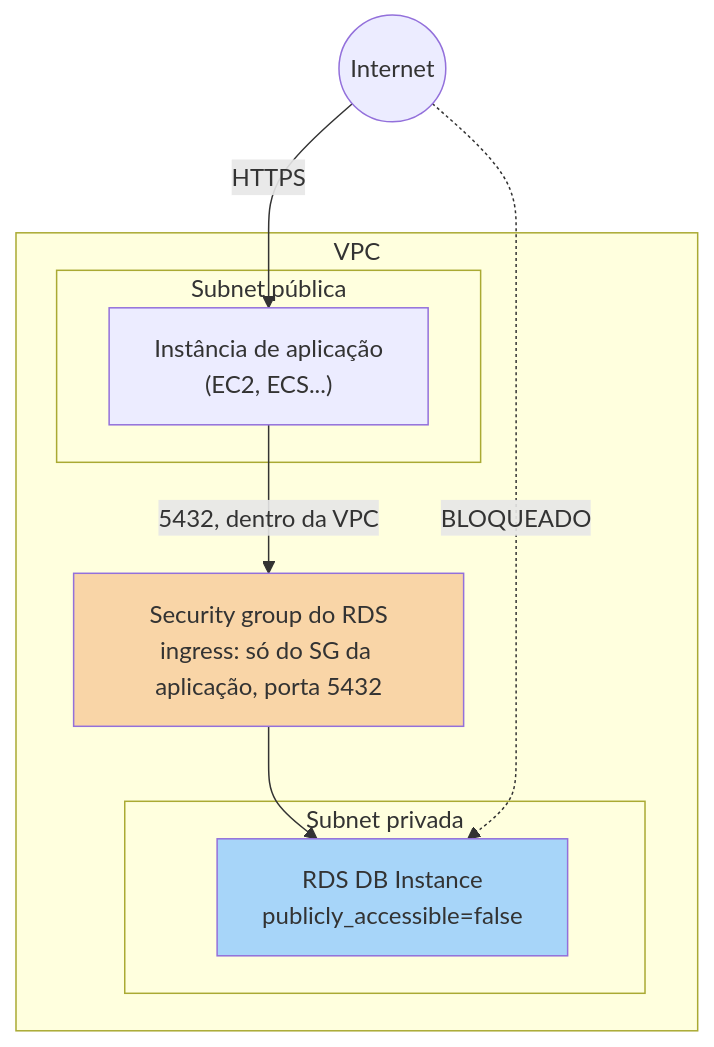
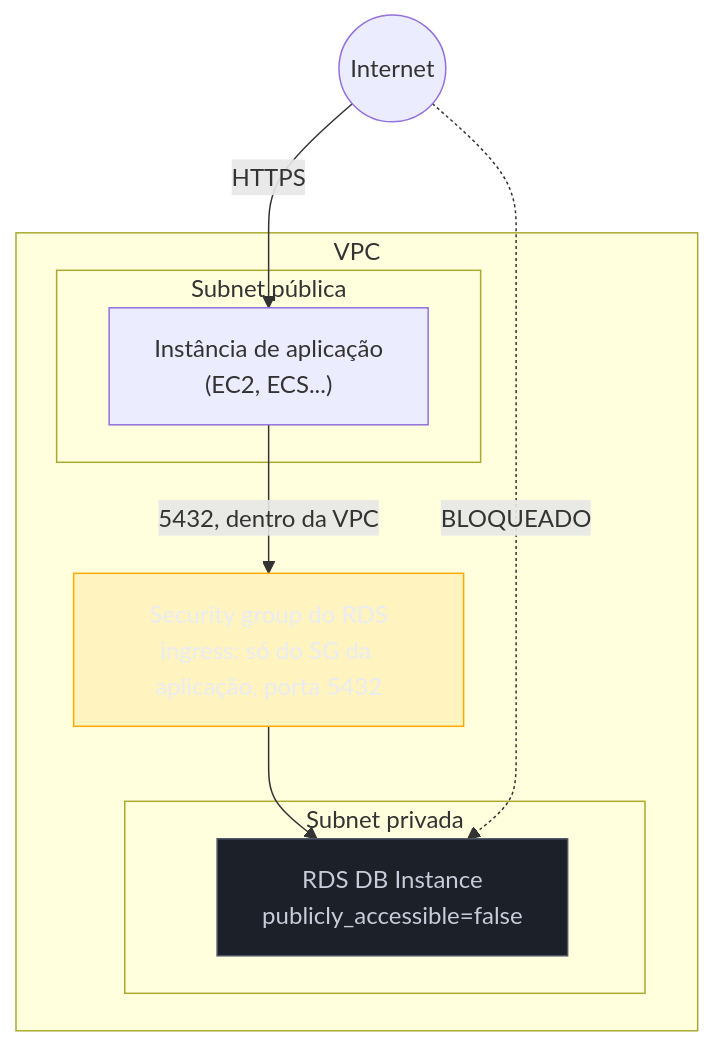
Before and after one commit to josenaldo/codex-technomanticus: the third of 3 diagrams in 03-Dominios/Tecnologia/Cloud/09 - Bancos gerenciados/02 - RDS e Managed Databases a fundo.md, drawn with Mermaid. The commit also changed other lines of this file and 1181 other files, not shown here.

First line of the commit message:
fix(diagramas): paleta do sistema no lugar de cor cravada no markdown

````diff
--- a/03-Dominios/Tecnologia/Cloud/09 - Bancos gerenciados/02 - RDS e Managed Databases a fundo.md
+++ b/03-Dominios/Tecnologia/Cloud/09 - Bancos gerenciados/02 - RDS e Managed Databases a fundo.md
@@ -246,20 +251,22 @@
 ```mermaid
 flowchart TB
+    classDef neutro fill:#1B2029,stroke:#4E5666,color:#C6CCD8
+    classDef destaque fill:#FFAA0024,stroke:#FFAA00,color:#E9ECF2
     Internet(("Internet"))
     subgraph VPC["VPC"]
         subgraph Public["Subnet pública"]
             App["Instância de aplicação<br/>(EC2, ECS...)"]
         end
         subgraph Private["Subnet privada"]
             RDS["RDS DB Instance<br/>publicly_accessible=false"]
         end
         SG["Security group do RDS<br/>ingress: só do SG da aplicação, porta 5432"]
     end
     Internet -->|"HTTPS"| App
     App -->|"5432, dentro da VPC"| SG
     SG --> RDS
     Internet -.->|"BLOQUEADO"| RDS
 
-    style RDS fill:#a7d5f9
-    style SG fill:#f9d5a7
+    class RDS neutro
+    class SG destaque
 ```
````
